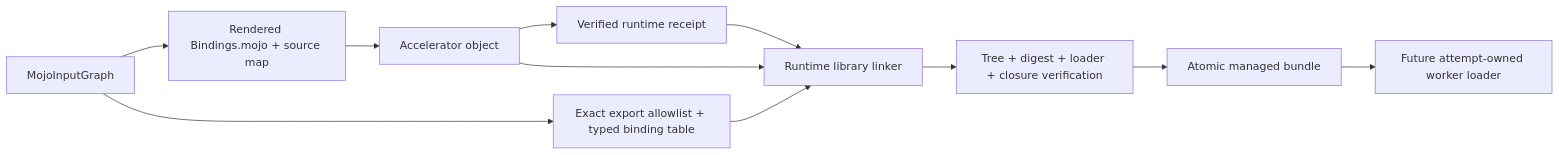
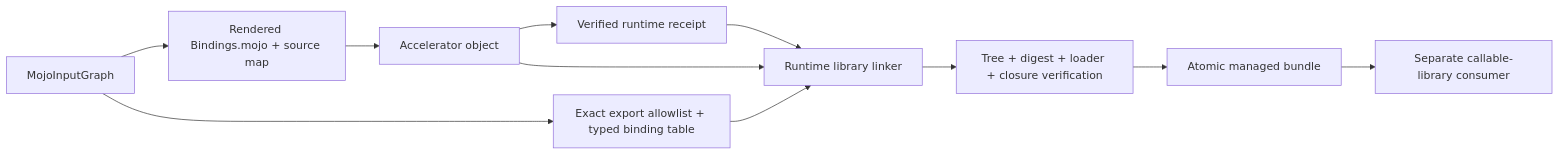
One commit to 1amageek/swift-mojo changed the diagram in docs/ADR-0013-CALLABLE-RUNTIME-LIBRARY-BUNDLES.md. Above: the diagram before and after it, drawn with Mermaid. The commit also changed other lines of this file and 15 other files, not shown here.

Commit message:
Document direct-linked persistent worker architecture

````diff
--- a/docs/ADR-0013-CALLABLE-RUNTIME-LIBRARY-BUNDLES.md
+++ b/docs/ADR-0013-CALLABLE-RUNTIME-LIBRARY-BUNDLES.md
@@ -55,13 +60,13 @@
 ```mermaid
 flowchart LR
     G["MojoInputGraph"] --> S["Rendered Bindings.mojo + source map"]
     S --> O["Accelerator object"]
     O --> R["Verified runtime receipt"]
     G --> E["Exact export allowlist + typed binding table"]
     R --> L["Runtime library linker"]
     O --> L
     E --> L
     L --> V["Tree + digest + loader + closure verification"]
     V --> C["Atomic managed bundle"]
-    C --> W["Future attempt-owned worker loader"]
+    C --> A["Separate callable-library consumer"]
 ```
````
